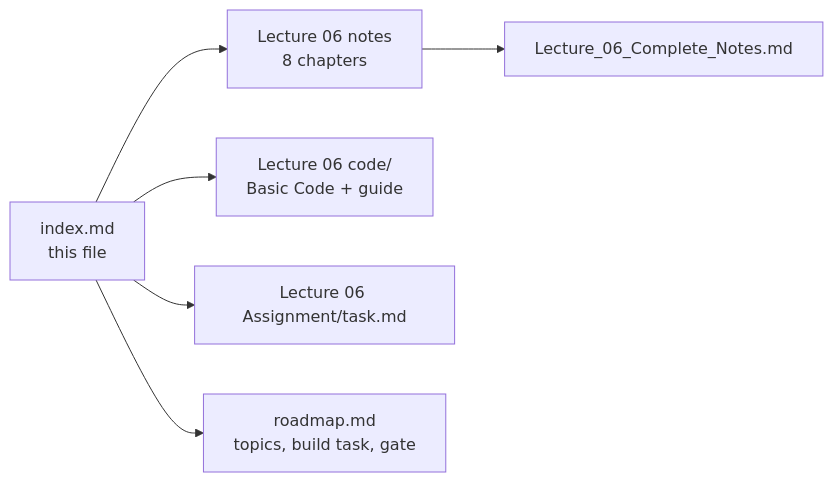
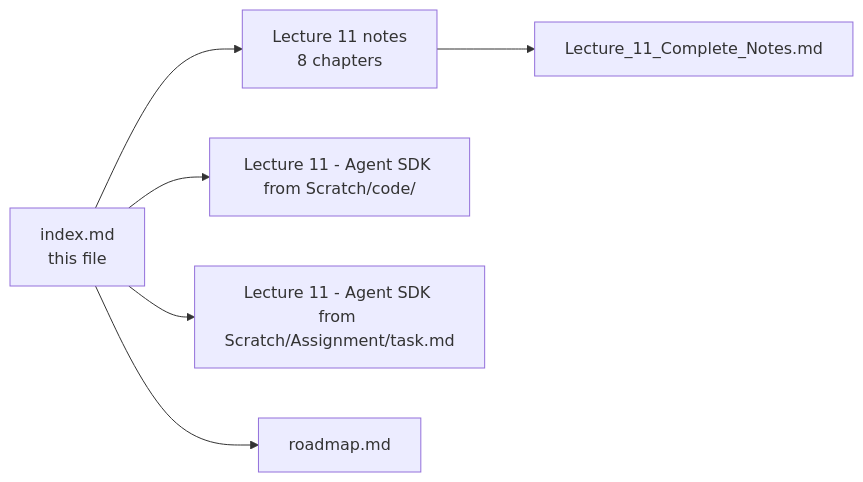
Diagram 11 of 24 in index.md (Amie-dev/FDE-and-GenAI-Mastery), drawn with Mermaid before and after one commit. The commit also changed other lines of this file, not shown here.

Commit message:
Implement code changes to enhance functionality and improve performance

````diff
--- a/index.md
+++ b/index.md
@@ -445,8 +486,8 @@
 ```mermaid
 flowchart LR
-    IDX["index.md<br/>this file"] --> L6["Lecture 06 notes<br/>8 chapters"]
-    L6 --> CN["Lecture_06_Complete_Notes.md"]
-    IDX --> CODE["Lecture 06 code/<br/>Basic Code + guide"]
-    IDX --> ASG["Lecture 06 Assignment/task.md"]
-    IDX --> RM["roadmap.md<br/>topics, build task, gate"]
+    IDX["index.md<br/>this file"] --> L11["Lecture 11 notes<br/>8 chapters"]
+    L11 --> CN["Lecture_11_Complete_Notes.md"]
+    IDX --> CODE["Lecture 11 - Agent SDK from Scratch/code/"]
+    IDX --> ASG["Lecture 11 - Agent SDK from Scratch/Assignment/task.md"]
+    IDX --> RM["roadmap.md"]
 ```
````
